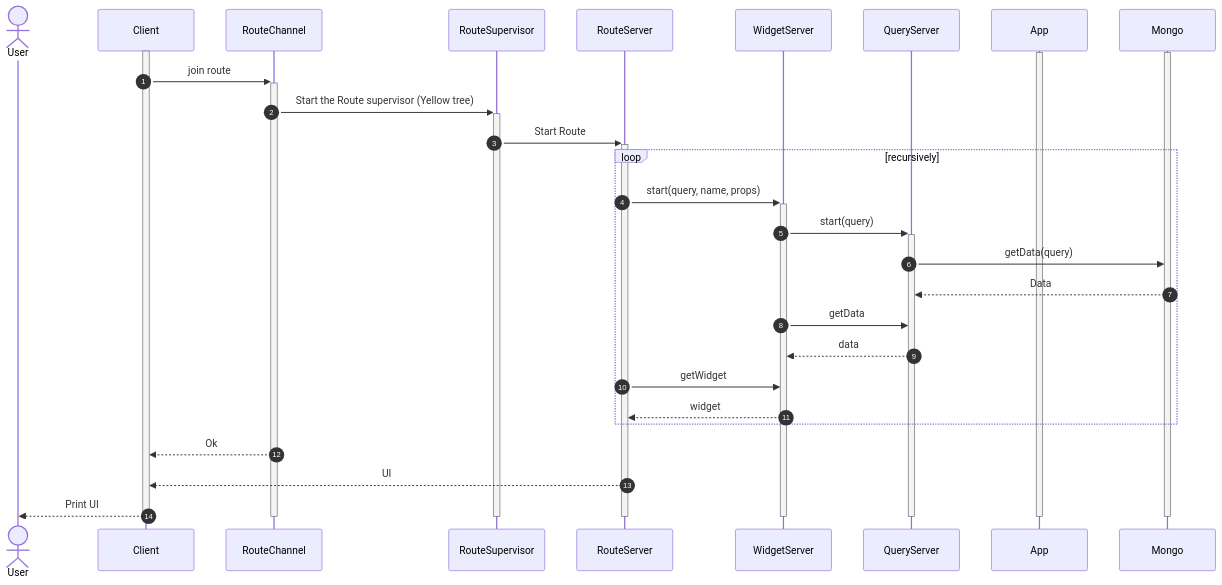
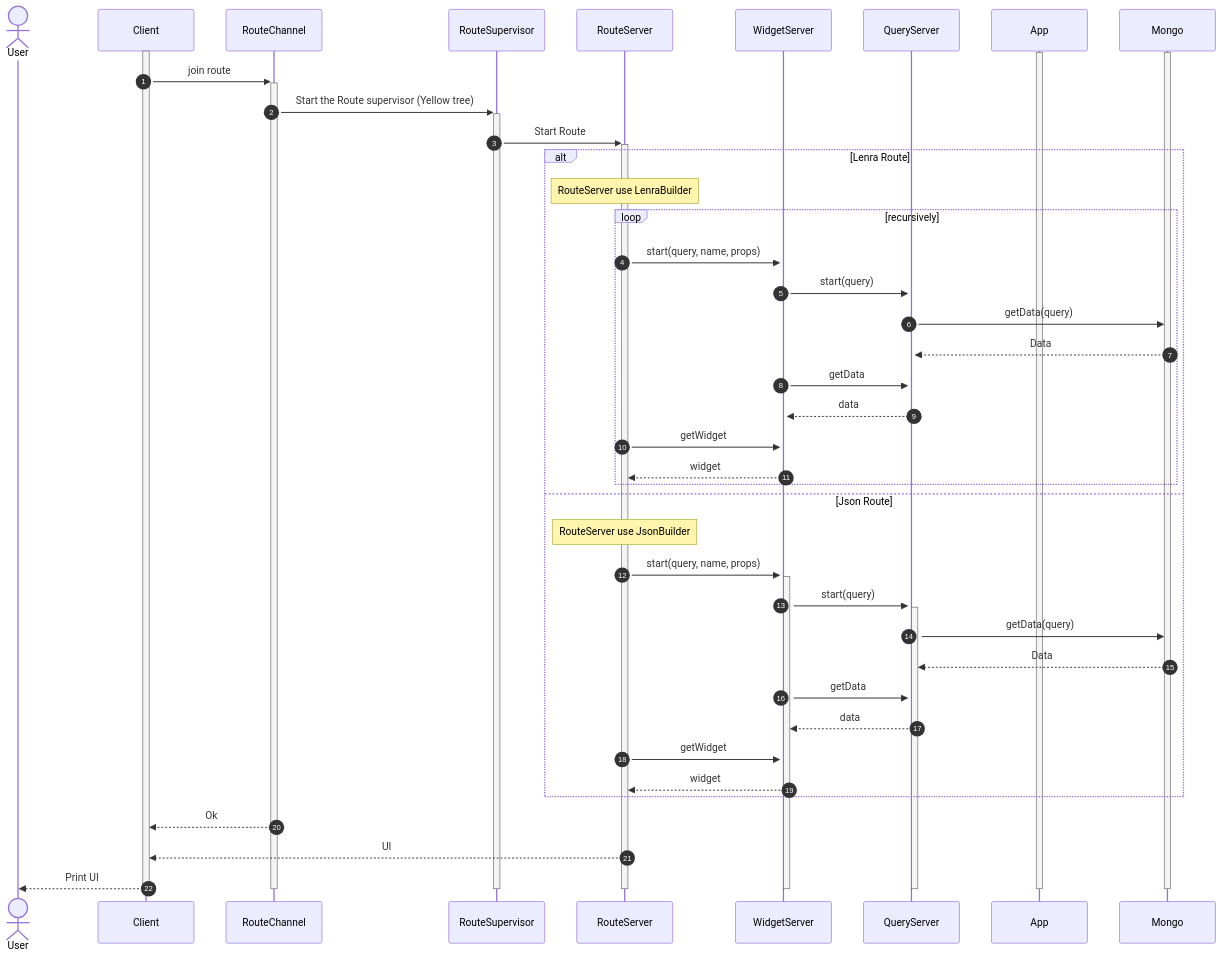
One commit to lenra-io/application-runner changed the second of 4 diagrams in docs/AppRunnerExplained.md. Above: the diagram before and after it, drawn with Mermaid. The commit also changed other lines of this file, not shown here.

````diff
--- a/docs/AppRunnerExplained.md
+++ b/docs/AppRunnerExplained.md
@@ -66,41 +66,54 @@
 ```mermaid
 sequenceDiagram
     autonumber
     actor User
     participant Client
     participant RouteChannel
     participant RouteSupervisor
     participant RouteServer
     participant WidgetServer
     participant QueryServer
     participant App
     participant Mongo
     activate Client
     activate Mongo
     activate App
     Client->>+RouteChannel: join route
     RouteChannel->>+RouteSupervisor: Start the Route supervisor (Yellow tree)
     RouteSupervisor->>+RouteServer: Start Route
-    loop recursively
+    alt Lenra Route
+        Note over RouteServer: RouteServer use LenraBuilder
+        loop recursively
+            RouteServer->>+WidgetServer: start(query, name, props)
+            WidgetServer->>+QueryServer: start(query)
+            QueryServer->>Mongo: getData(query)
+            Mongo-->>QueryServer: Data
+            WidgetServer->>QueryServer: getData
+            QueryServer-->>WidgetServer: data
+            RouteServer->>WidgetServer: getWidget
+            WidgetServer-->>RouteServer: widget
+        end
+    else Json Route
+        Note over RouteServer: RouteServer use JsonBuilder
         RouteServer->>+WidgetServer: start(query, name, props)
         WidgetServer->>+QueryServer: start(query)
         QueryServer->>Mongo: getData(query)
         Mongo-->>QueryServer: Data
         WidgetServer->>QueryServer: getData
         QueryServer-->>WidgetServer: data
         RouteServer->>WidgetServer: getWidget
         WidgetServer-->>RouteServer: widget
     end
     RouteChannel-->>Client: Ok
     RouteServer-->>Client: UI
     Client-->>User: Print UI
 
     deactivate Client
     deactivate Mongo
     deactivate App
     deactivate RouteChannel
     deactivate RouteSupervisor
     deactivate RouteServer
     deactivate WidgetServer
     deactivate QueryServer
 ```
````
